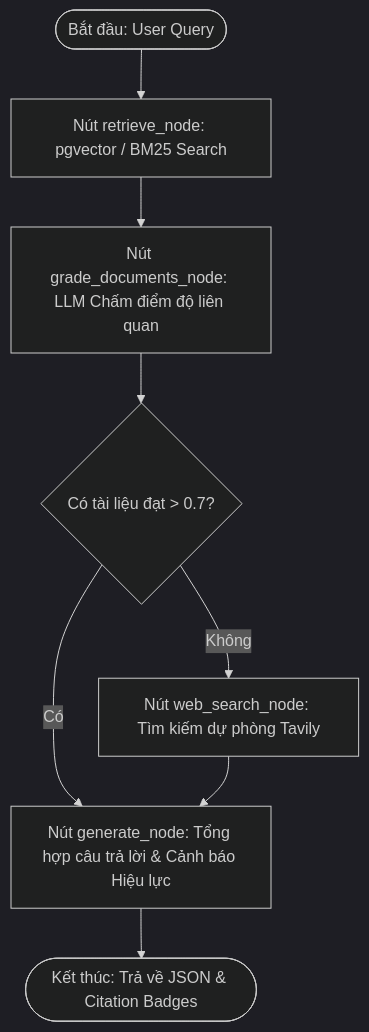
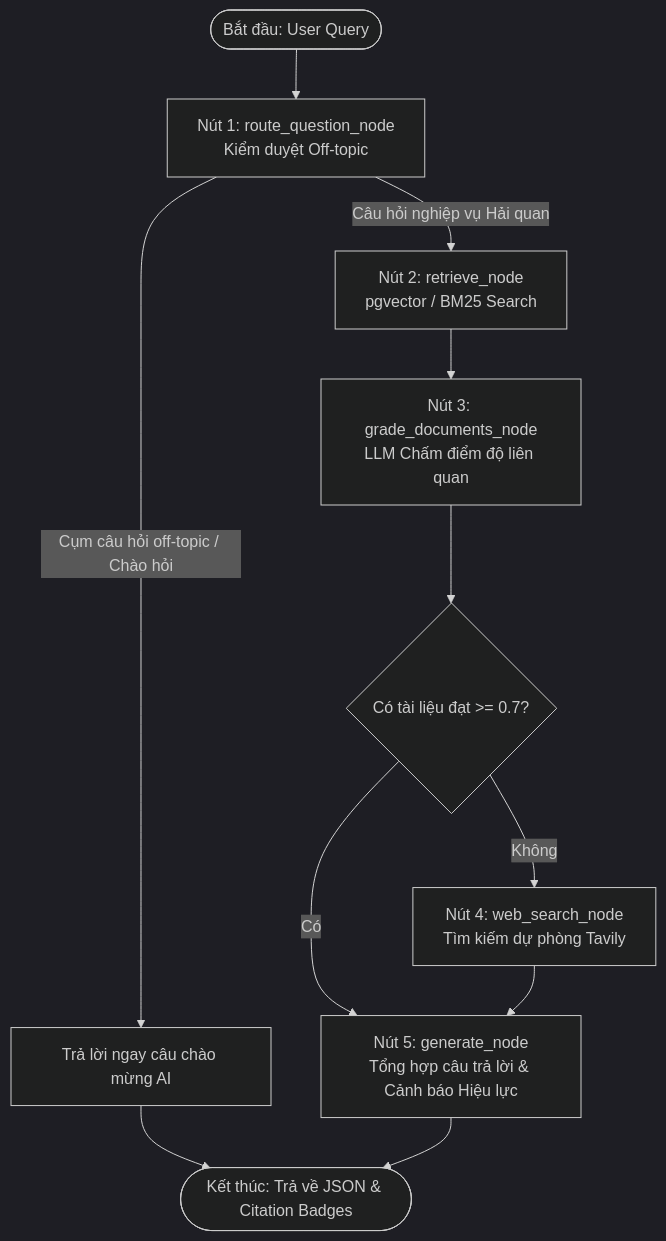
Before and after one commit to Brozic2908/TRA-SAS-TEST: the diagram in README.md, drawn with Mermaid (dark theme). The commit also changed other lines of this file and 8 other files, not shown here.

````diff
--- a/README.md
+++ b/README.md
@@ -20,10 +11,17 @@
 ```mermaid
 graph TD
-    Start([Bắt đầu: User Query]) --> Retrieve[Nút retrieve_node: pgvector / BM25 Search]
-    Retrieve --> Grade[Nút grade_documents_node: LLM Chấm điểm độ liên quan]
-    Grade --> Decision{Có tài liệu đạt > 0.7?}
-    Decision -- Có --> Generate[Nút generate_node: Tổng hợp câu trả lời & Cảnh báo Hiệu lực]
-    Decision -- Không --> WebSearch[Nút web_search_node: Tìm kiếm dự phòng Tavily]
+    Start([Bắt đầu: User Query]) --> Guard[Nút 1: route_question_node<br/>Kiểm duyệt Off-topic]
+    
+    Guard -- Cụm câu hỏi off-topic / Chào hỏi --> OffTopicAns[Trả lời ngay câu chào mừng AI]
+    OffTopicAns --> End([Kết thúc: Trả về JSON & Citation Badges])
+    
+    Guard -- Câu hỏi nghiệp vụ Hải quan --> Retrieve[Nút 2: retrieve_node<br/>pgvector / BM25 Search]
+    Retrieve --> Grade[Nút 3: grade_documents_node<br/>LLM Chấm điểm độ liên quan]
+    
+    Grade --> Decision{Có tài liệu đạt >= 0.7?}
+    Decision -- Có --> Generate[Nút 5: generate_node<br/>Tổng hợp câu trả lời & Cảnh báo Hiệu lực]
+    Decision -- Không --> WebSearch[Nút 4: web_search_node<br/>Tìm kiếm dự phòng Tavily]
     WebSearch --> Generate
-    Generate --> End([Kết thúc: Trả về JSON & Citation Badges])
+    
+    Generate --> End
 ```
````
